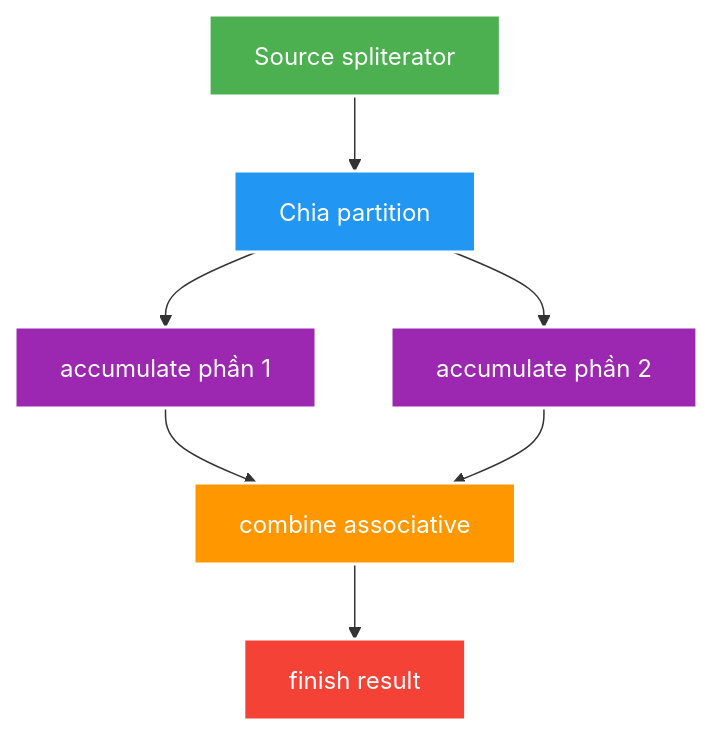
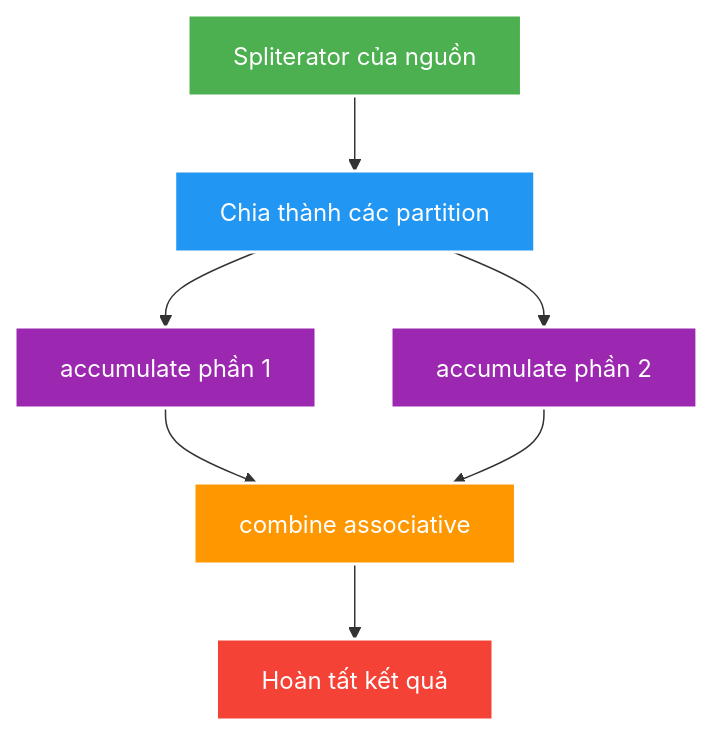
The diagram in docs/learning/topics/java/theory/deep-dives/stream-laziness-collectors-parallelism-and-resources.md (HungPhan200591/live-stream-backend), drawn with Mermaid before and after one commit. The commit also changed other lines of this file and 177 other files, not shown here.

````diff
--- a/docs/learning/topics/java/theory/deep-dives/stream-laziness-collectors-parallelism-and-resources.md
+++ b/docs/learning/topics/java/theory/deep-dives/stream-laziness-collectors-parallelism-and-resources.md
@@ -28,15 +28,15 @@
 ```mermaid
 flowchart TB
-    A["Source spliterator"] --> B["Chia partition"]
+    A["Spliterator của nguồn"] --> B["Chia thành các partition"]
     B --> C1["accumulate phần 1"]
     B --> C2["accumulate phần 2"]
     C1 --> D["combine associative"]
     C2 --> D
-    D --> E["finish result"]
+    D --> E["Hoàn tất kết quả"]
     style A fill:#4CAF50,stroke:#fff,stroke-width:2px,color:#fff
     style B fill:#2196F3,stroke:#fff,stroke-width:2px,color:#fff
     style C1 fill:#9C27B0,stroke:#fff,stroke-width:2px,color:#fff
     style C2 fill:#9C27B0,stroke:#fff,stroke-width:2px,color:#fff
     style D fill:#FF9800,stroke:#fff,stroke-width:2px,color:#fff
     style E fill:#F44336,stroke:#fff,stroke-width:2px,color:#fff
 ```
````
